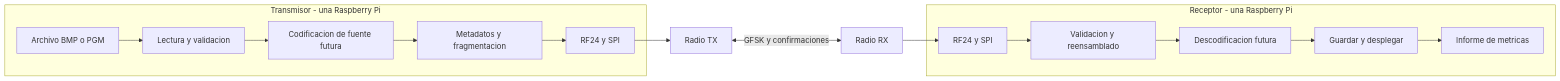
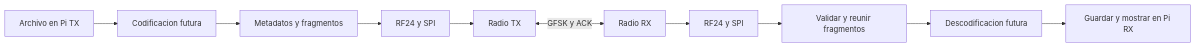
One commit to Axuma322/ProyectoComu changed the diagram in transmision/protocolo/README.md. Above: the diagram before and after it, drawn with Mermaid. The commit also changed other lines of this file and 11 other files, not shown here.

````diff
--- a/transmision/protocolo/README.md
+++ b/transmision/protocolo/README.md
@@ -7,18 +7,12 @@
 ```mermaid
 flowchart LR
-  subgraph TX[Transmisor - una Raspberry Pi]
-    A[Archivo BMP o PGM] --> B[Lectura y validacion]
-    B --> C[Codificacion de fuente futura]
-    C --> D[Metadatos y fragmentacion]
-    D --> E[RF24 y SPI]
-  end
-  E --> F[Radio TX]
-  F <-->|GFSK y confirmaciones| G[Radio RX]
-  subgraph RX[Receptor - una Raspberry Pi]
-    H[RF24 y SPI] --> I[Validacion y reensamblado]
-    I --> J[Descodificacion futura]
-    J --> K[Guardar y desplegar]
-    K --> L[Informe de metricas]
-  end
-  G --> H
+  A[Archivo en Pi TX] --> B[Codificacion futura]
+  B --> C[Metadatos y fragmentos]
+  C --> D[RF24 y SPI]
+  D --> E[Radio TX]
+  E <-->|GFSK y ACK| F[Radio RX]
+  F --> G[RF24 y SPI]
+  G --> H[Validar y reunir fragmentos]
+  H --> I[Descodificacion futura]
+  I --> J[Guardar y mostrar en Pi RX]
 ```
````
